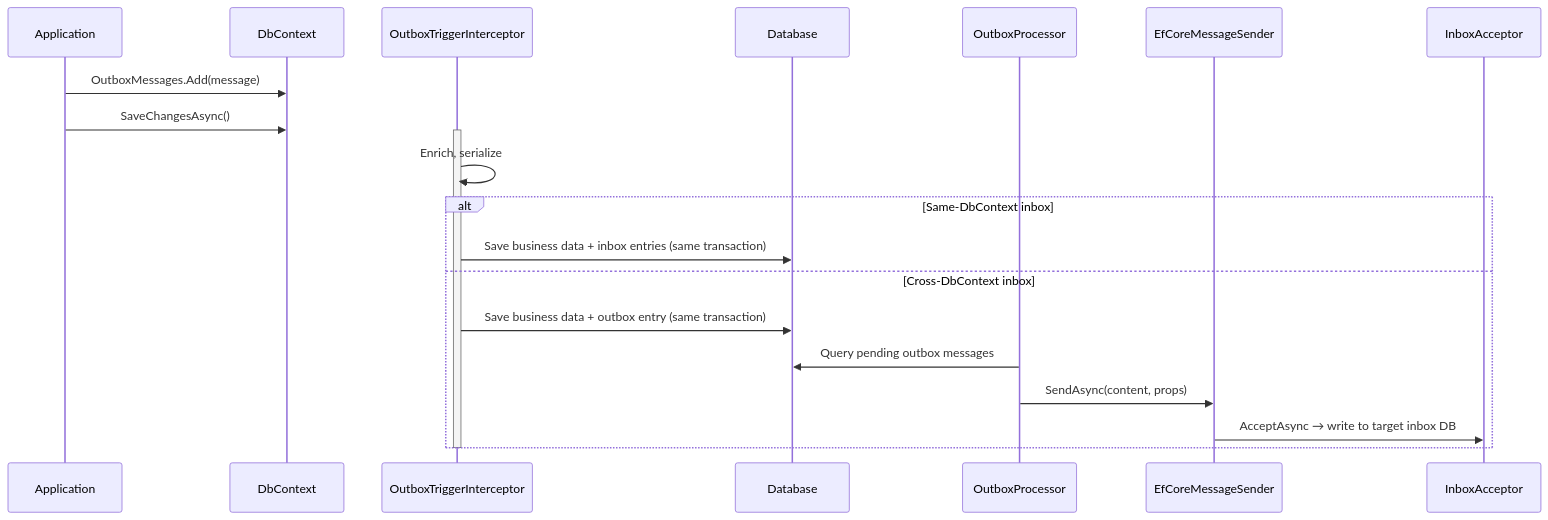
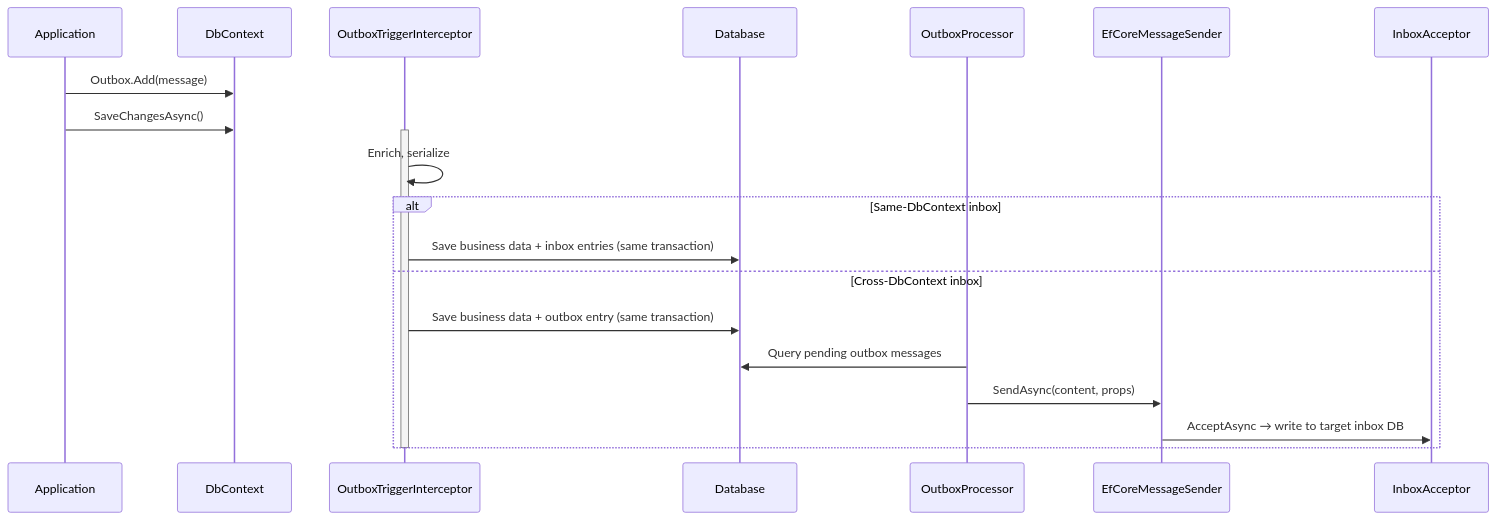
The fourth of 7 diagrams in docs/architecture.md (saithis/Ratatoskr), drawn with Mermaid before and after one commit. The commit also changed other lines of this file and 40 other files, not shown here.

````diff
--- a/docs/architecture.md
+++ b/docs/architecture.md
@@ -153,24 +153,24 @@
 ```mermaid
 sequenceDiagram
     participant App as Application
     participant Db as DbContext
     participant Int as OutboxTriggerInterceptor
     participant DB as Database
     participant OP as OutboxProcessor
     participant Sender as EfCoreMessageSender
     participant IA as InboxAcceptor
 
-    App->>Db: OutboxMessages.Add(message)
+    App->>Db: Outbox.Add(message)
     App->>Db: SaveChangesAsync()
     activate Int
     Int->>Int: Enrich, serialize
     alt Same-DbContext inbox
         Int->>DB: Save business data + inbox entries (same transaction)
     else Cross-DbContext inbox
         Int->>DB: Save business data + outbox entry (same transaction)
         OP->>DB: Query pending outbox messages
         OP->>Sender: SendAsync(content, props)
         Sender->>IA: AcceptAsync → write to target inbox DB
     end
     deactivate Int
 ```
````
